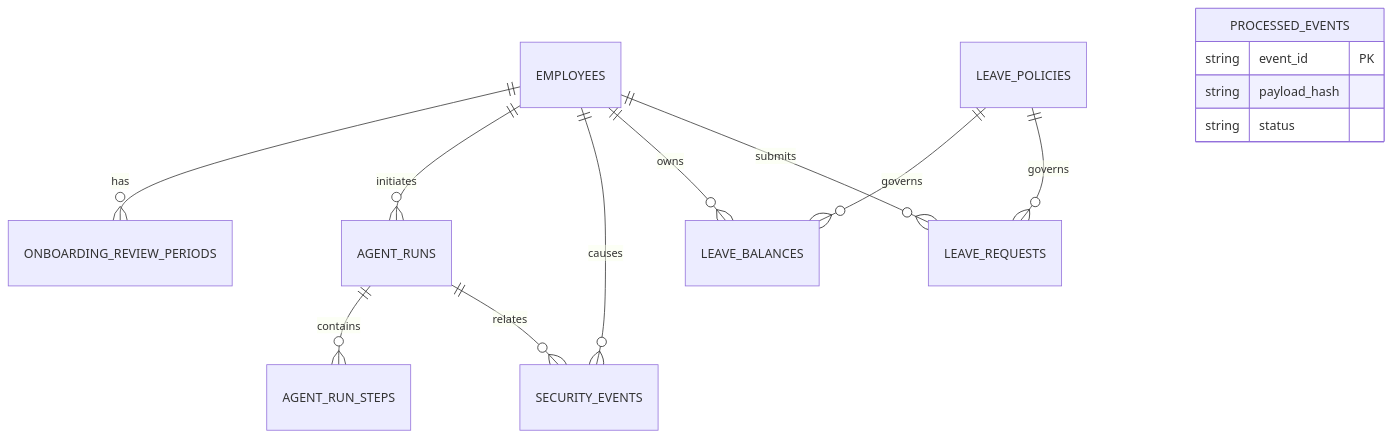
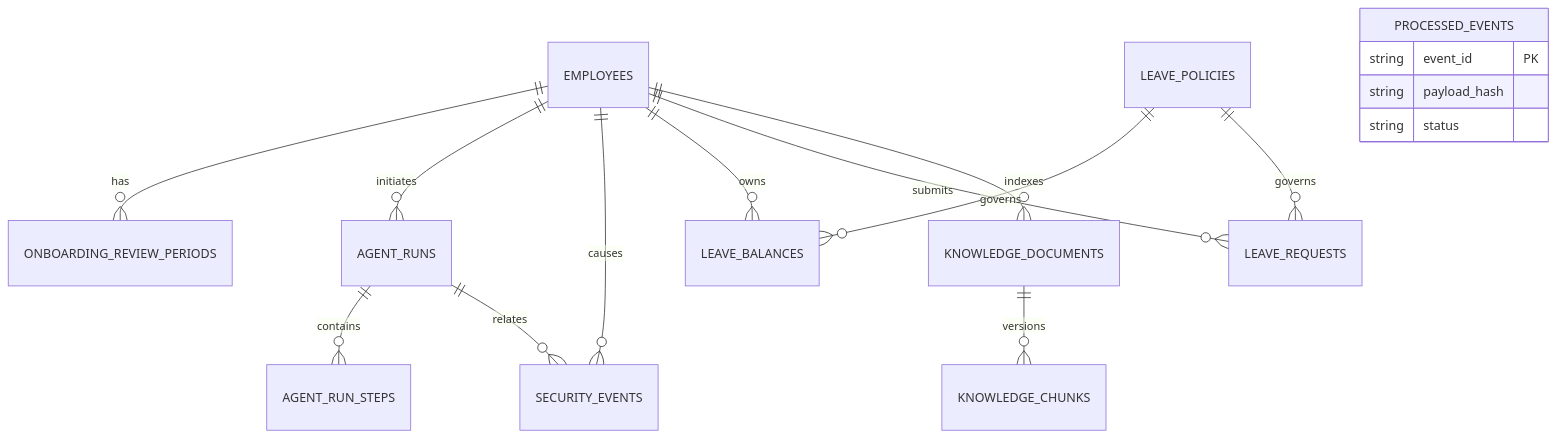
The diagram in docs/data-model.md (ramioooz/hcm-agentic-llmops), drawn with Mermaid before and after one commit. The commit also changed other lines of this file and 41 other files, not shown here.

````diff
--- a/docs/data-model.md
+++ b/docs/data-model.md
@@ -14,17 +14,19 @@
 ```mermaid
 erDiagram
 EMPLOYEES ||--o{ ONBOARDING_REVIEW_PERIODS : has
 EMPLOYEES ||--o{ AGENT_RUNS : initiates
 AGENT_RUNS ||--o{ AGENT_RUN_STEPS : contains
 AGENT_RUNS ||--o{ SECURITY_EVENTS : relates
 EMPLOYEES ||--o{ SECURITY_EVENTS : causes
 EMPLOYEES ||--o{ LEAVE_BALANCES : owns
 EMPLOYEES ||--o{ LEAVE_REQUESTS : submits
 LEAVE_POLICIES ||--o{ LEAVE_BALANCES : governs
 LEAVE_POLICIES ||--o{ LEAVE_REQUESTS : governs
+EMPLOYEES ||--o{ KNOWLEDGE_DOCUMENTS : indexes
+KNOWLEDGE_DOCUMENTS ||--o{ KNOWLEDGE_CHUNKS : versions
 PROCESSED_EVENTS {
   string event_id PK
   string payload_hash
   string status
 }
 ```
````
